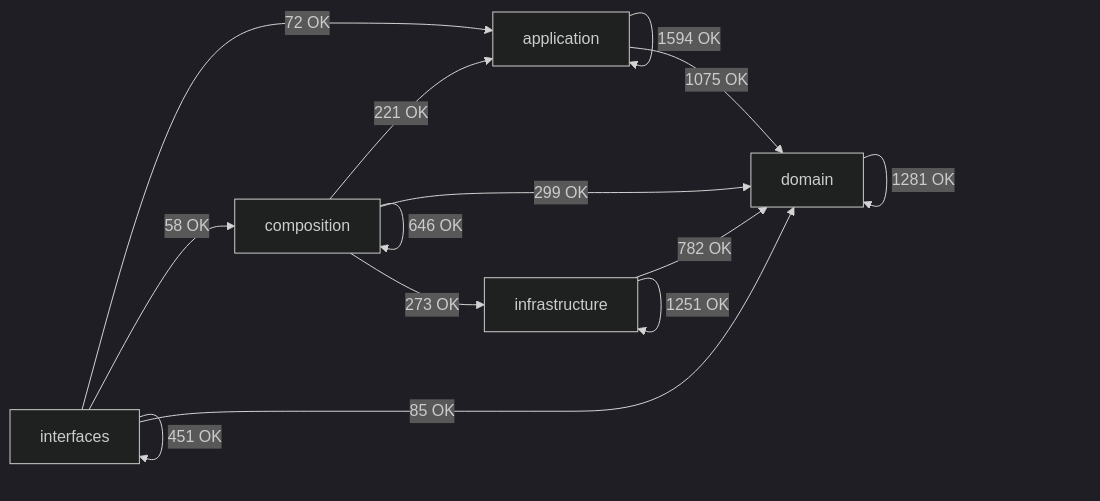
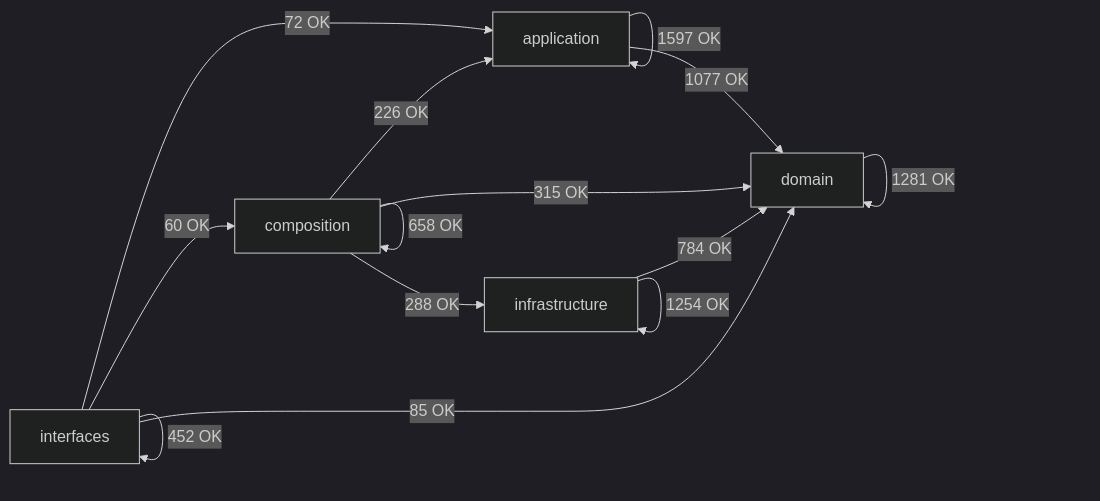
The diagram in docs/02-architecture/generated/module-dependency-map.md (SatoryKono/BioactivityDataAcquisition), drawn with Mermaid (dark theme) before and after one commit. The commit also changed other lines of this file and 77 other files, not shown here.

````diff
--- a/docs/02-architecture/generated/module-dependency-map.md
+++ b/docs/02-architecture/generated/module-dependency-map.md
@@ -17,21 +17,21 @@
 ```mermaid
 flowchart LR
     domain[domain]
     application[application]
     infrastructure[infrastructure]
     composition[composition]
     interfaces[interfaces]
-    application -->|1594 OK| application
-    application -->|1075 OK| domain
-    composition -->|221 OK| application
-    composition -->|646 OK| composition
-    composition -->|299 OK| domain
-    composition -->|273 OK| infrastructure
+    application -->|1597 OK| application
+    application -->|1077 OK| domain
+    composition -->|226 OK| application
+    composition -->|658 OK| composition
+    composition -->|315 OK| domain
+    composition -->|288 OK| infrastructure
     domain -->|1281 OK| domain
-    infrastructure -->|782 OK| domain
-    infrastructure -->|1251 OK| infrastructure
+    infrastructure -->|784 OK| domain
+    infrastructure -->|1254 OK| infrastructure
     interfaces -->|72 OK| application
-    interfaces -->|58 OK| composition
+    interfaces -->|60 OK| composition
     interfaces -->|85 OK| domain
-    interfaces -->|451 OK| interfaces
+    interfaces -->|452 OK| interfaces
 ```
````
